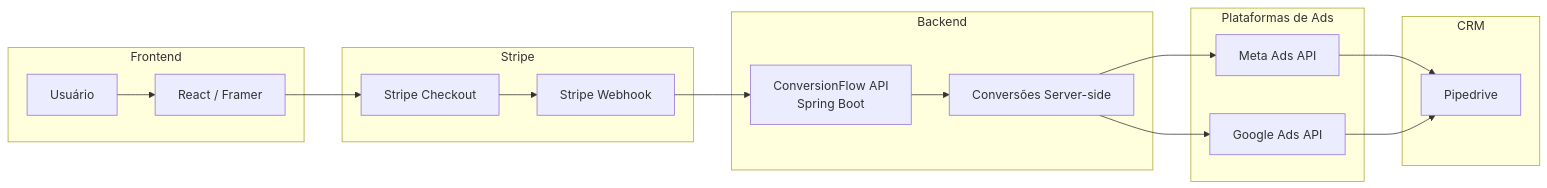
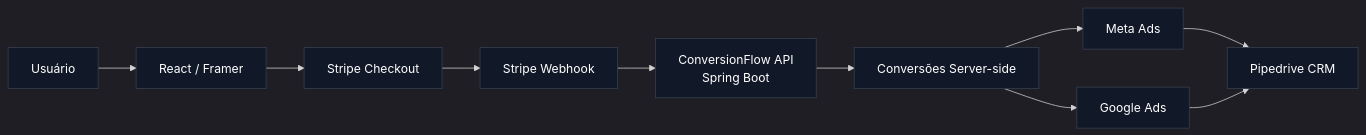
Before and after one commit to HandlezGZ/S02-26-Equipe-40-Web-App-Development: the diagram in README.md, drawn with Mermaid.

Commit message:
Refactor architecture diagram in README.md

````diff
--- a/README.md
+++ b/README.md
@@ -23,42 +23,21 @@
 ```mermaid
+%%{init: {'theme': 'dark'}}%%
 flowchart LR
-    %% FRONTEND
-    subgraph Frontend
-        A[Usuário]
-        B[React / Framer]
-    end
+    classDef box fill:#111827,stroke:#374151,color:#ffffff,stroke-width:1px;
 
-    %% PAGAMENTO
-    subgraph Stripe
-        C[Stripe Checkout]
-        D[Stripe Webhook]
-    end
+    A[Usuário]:::box
+    B[React / Framer]:::box
+    C[Stripe Checkout]:::box
+    D[Stripe Webhook]:::box
+    E[ConversionFlow API<br>Spring Boot]:::box
+    F[Conversões Server-side]:::box
+    G[Meta Ads]:::box
+    H[Google Ads]:::box
+    I[Pipedrive CRM]:::box
 
-    %% BACKEND
-    subgraph Backend
-        E[ConversionFlow API<br>Spring Boot]
-        F[Conversões Server-side]
-    end
-
-    %% ADS
-    subgraph Plataformas de Ads
-        G[Meta Ads API]
-        H[Google Ads API]
-    end
-
-    %% CRM
-    subgraph CRM
-        I[Pipedrive]
-    end
-
-    %% FLUXO
-    A --> B
-    B --> C
-    C --> D
-    D --> E
-    E --> F
+    A --> B --> C --> D --> E --> F
     F --> G
     F --> H
     G --> I
     H --> I
 ```
````
